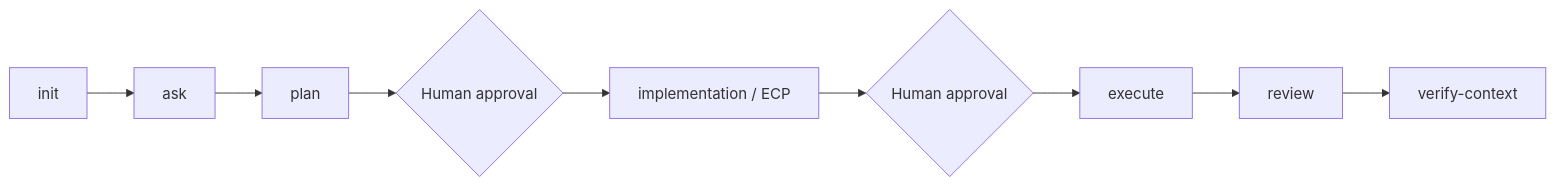
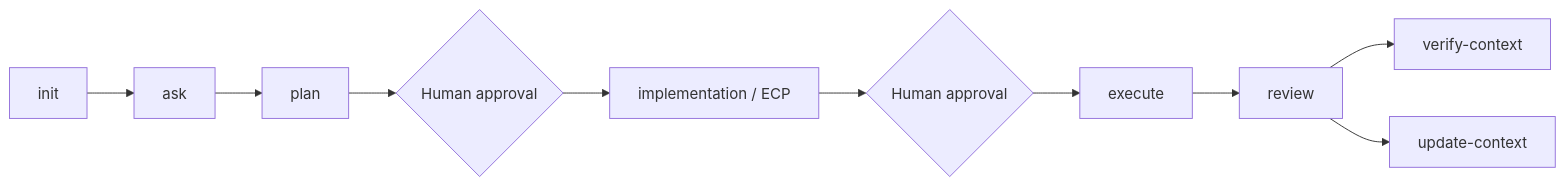
The first of 2 diagrams in README.md (yogayulanda/forge-context-engine), drawn with Mermaid before and after one commit. The commit also changed other lines of this file and 7 other files, not shown here.

````diff
--- a/README.md
+++ b/README.md
@@ -70,11 +71,12 @@
 ```mermaid
 flowchart LR
   Init[init] --> Ask[ask]
   Ask --> Plan[plan]
   Plan --> Gate1{Human approval}
   Gate1 --> Implementation[implementation / ECP]
   Implementation --> Gate2{Human approval}
   Gate2 --> Execute[execute]
   Execute --> Review[review]
   Review --> Verify[verify-context]
+  Review --> UpdateContext[update-context]
 ```
````
